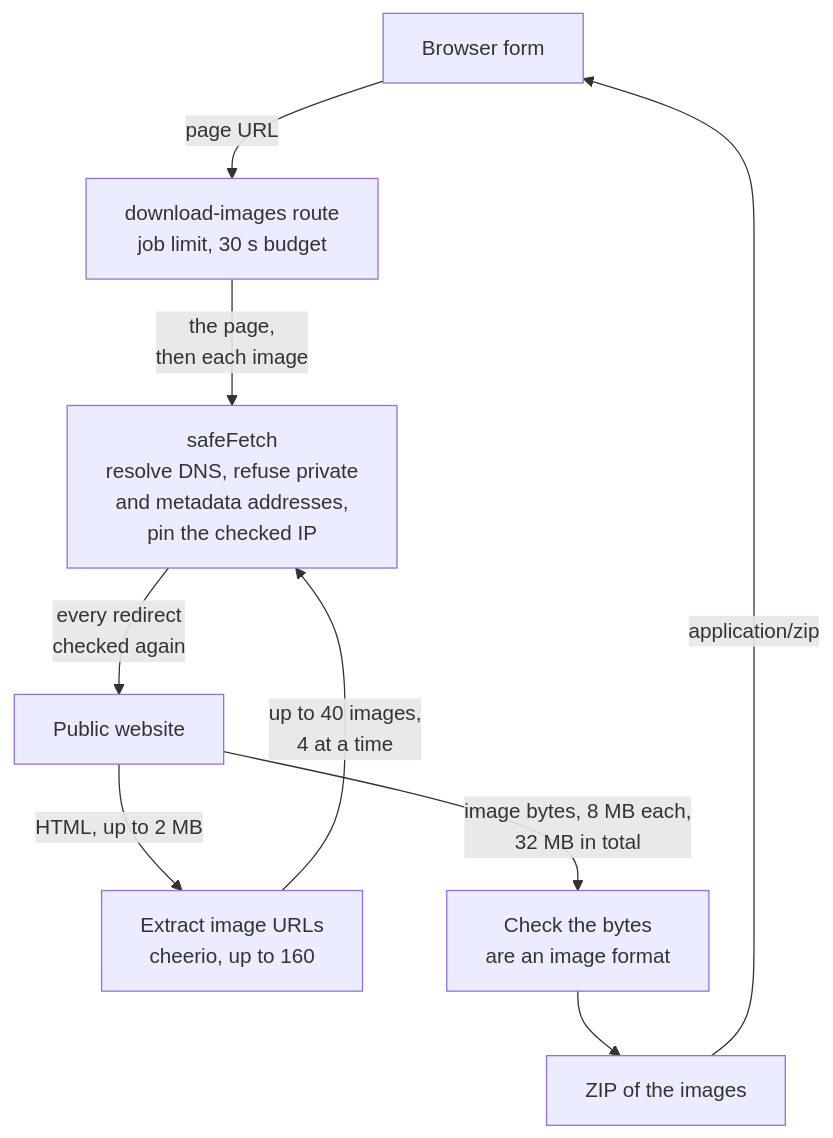
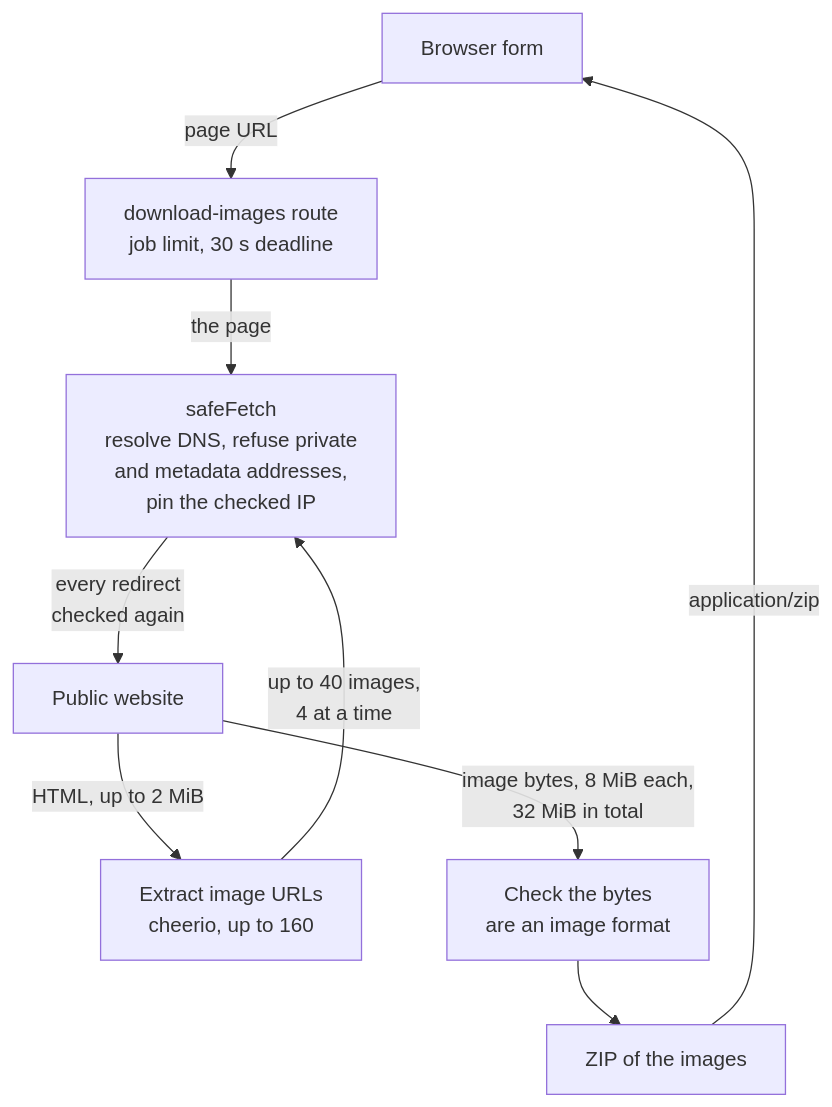
One commit to hskl18/Website-Image-Downloader changed the diagram in docs/architecture.mmd. Above: the diagram before and after it, drawn with Mermaid. The commit also changed 3 other files, not shown here.

Commit message:
docs: correct the diagram and its description after review

```diff
--- a/docs/architecture.mmd
+++ b/docs/architecture.mmd
@@ -1,10 +1,10 @@
 flowchart TD
-  Browser["Browser form"] -->|"page URL"| Route["download-images route<br/>job limit, 30 s budget"]
-  Route -->|"the page,<br/>then each image"| Guard["safeFetch<br/>resolve DNS, refuse private<br/>and metadata addresses,<br/>pin the checked IP"]
+  Browser["Browser form"] -->|"page URL"| Route["download-images route<br/>job limit, 30 s deadline"]
+  Route -->|"the page"| Guard["safeFetch<br/>resolve DNS, refuse private<br/>and metadata addresses,<br/>pin the checked IP"]
   Guard -->|"every redirect<br/>checked again"| Web["Public website"]
-  Web -->|"HTML, up to 2 MB"| Extract["Extract image URLs<br/>cheerio, up to 160"]
+  Web -->|"HTML, up to 2 MiB"| Extract["Extract image URLs<br/>cheerio, up to 160"]
   Extract -->|"up to 40 images,<br/>4 at a time"| Guard
-  Web -->|"image bytes, 8 MB each,<br/>32 MB in total"| Check["Check the bytes<br/>are an image format"]
+  Web -->|"image bytes, 8 MiB each,<br/>32 MiB in total"| Check["Check the bytes<br/>are an image format"]
   Check --> Zip["ZIP of the images"]
   Zip -->|"application/zip"| Browser
 %% Edit this file; the owner renders architecture-light.svg and architecture-dark.svg from it with a shared theme.
```
